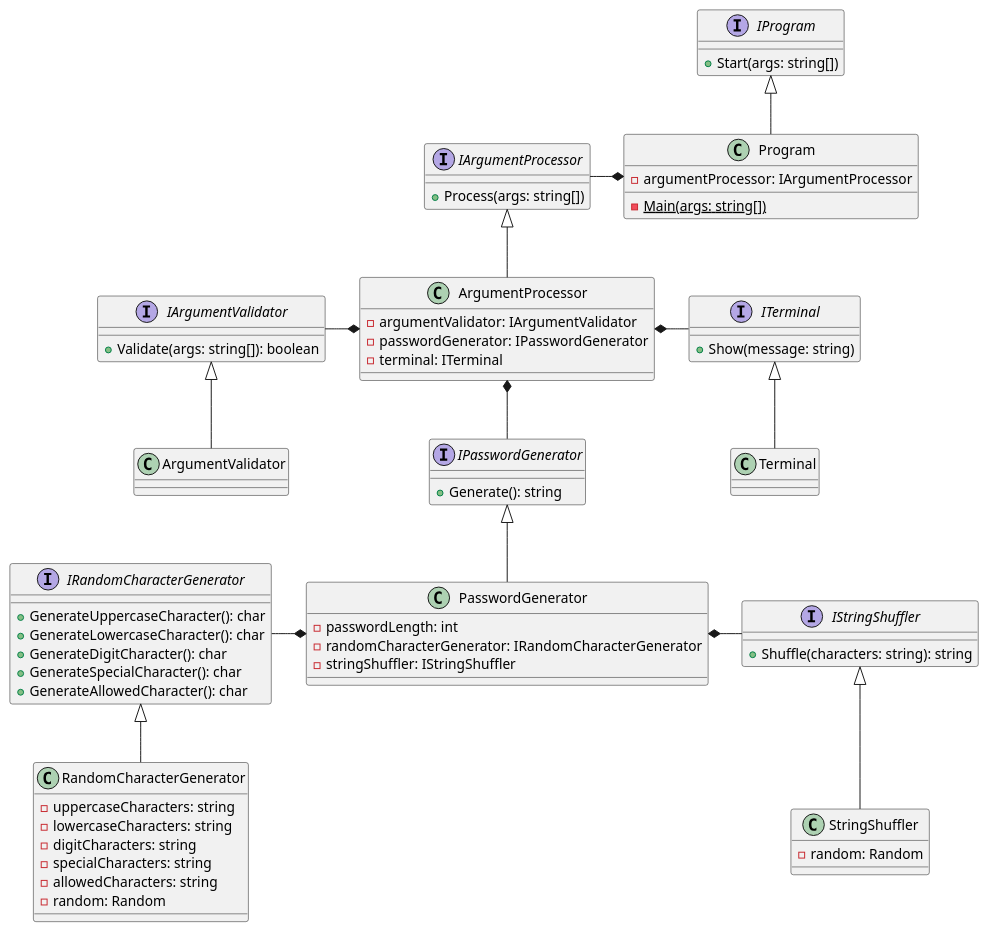
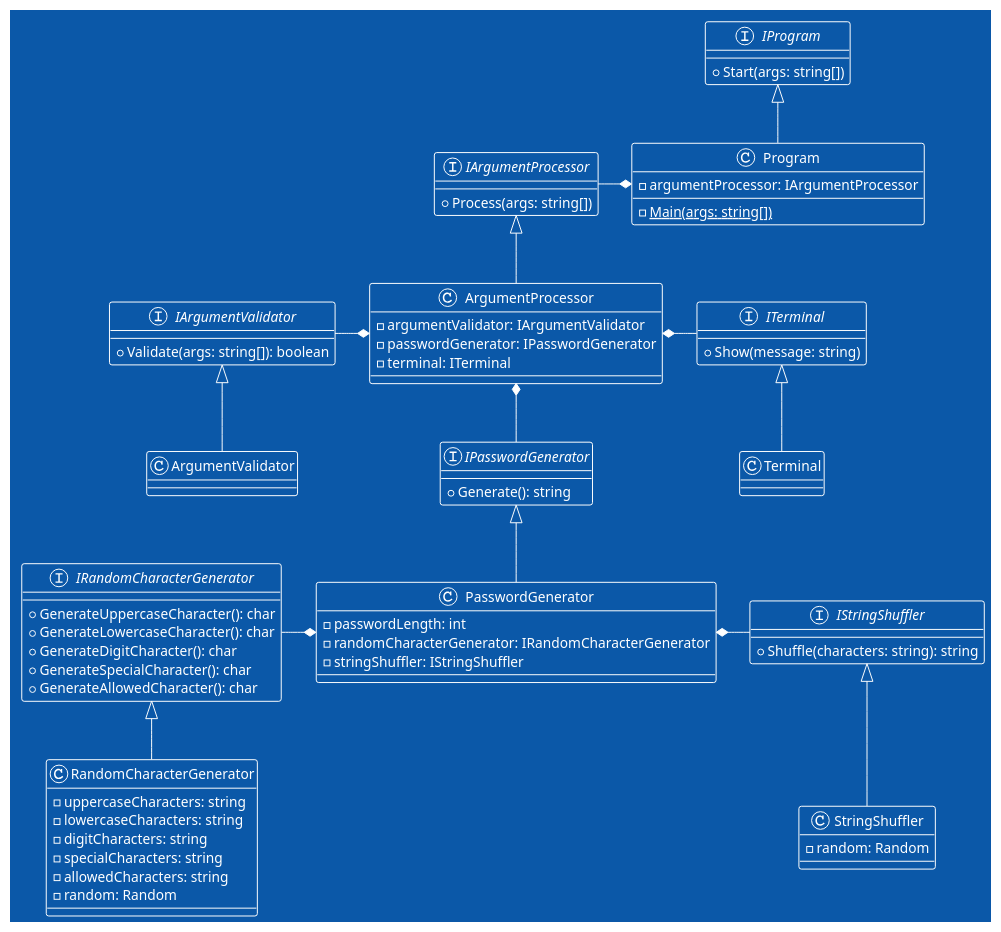
The diagram in diagrams/Class.puml (djvelimir/demo-dotnet-cli), drawn with PlantUML before and after one commit. The commit also changed 3 other files, not shown here.

```diff
--- a/diagrams/Class.puml
+++ b/diagrams/Class.puml
@@ -1,88 +1,88 @@
 @startuml Class
-'https://plantuml.com/class-diagram
+!theme amiga
 
 interface IProgram {
     + Start(args: string[])
 }
 
 class Program {
     - argumentProcessor: IArgumentProcessor
     - {static} Main(args: string[])
 }
 
 interface IArgumentValidator {
     + Validate(args: string[]): boolean
 }
 
 class ArgumentValidator {
 }
 
 interface IArgumentProcessor {
     + Process(args: string[])
 }
 
 class ArgumentProcessor {
     - argumentValidator: IArgumentValidator
     - passwordGenerator: IPasswordGenerator
     - terminal: ITerminal
 }
 
 interface ITerminal {
     + Show(message: string)
 }
 
 class Terminal {
 }
 
 interface IPasswordGenerator {
     + Generate(): string
 }
 
 class PasswordGenerator {
     - passwordLength: int
     - randomCharacterGenerator: IRandomCharacterGenerator
     - stringShuffler: IStringShuffler
 }
 
 interface IRandomCharacterGenerator {
     + GenerateUppercaseCharacter(): char
     + GenerateLowercaseCharacter(): char
     + GenerateDigitCharacter(): char
     + GenerateSpecialCharacter(): char
     + GenerateAllowedCharacter(): char
 }
 
 class RandomCharacterGenerator {
     - uppercaseCharacters: string
     - lowercaseCharacters: string
     - digitCharacters: string
     - specialCharacters: string
     - allowedCharacters: string
     - random: Random
 }
 
 interface IStringShuffler {
     + Shuffle(characters: string): string
 }
 
 class StringShuffler {
     - random: Random
 }
 
 IArgumentValidator <|-- ArgumentValidator
 IArgumentProcessor <|-- ArgumentProcessor
 ITerminal <|-- Terminal
 IPasswordGenerator <|-- PasswordGenerator
 IProgram <|-- Program
 IRandomCharacterGenerator <|-- RandomCharacterGenerator
 IStringShuffler <|-- StringShuffler
 
 Program *--l IArgumentProcessor
 
 ArgumentProcessor *--l IArgumentValidator
 ArgumentProcessor *--d IPasswordGenerator
 ArgumentProcessor *--r ITerminal
 
 PasswordGenerator *--l IRandomCharacterGenerator
 PasswordGenerator *--r IStringShuffler
 @enduml
```
